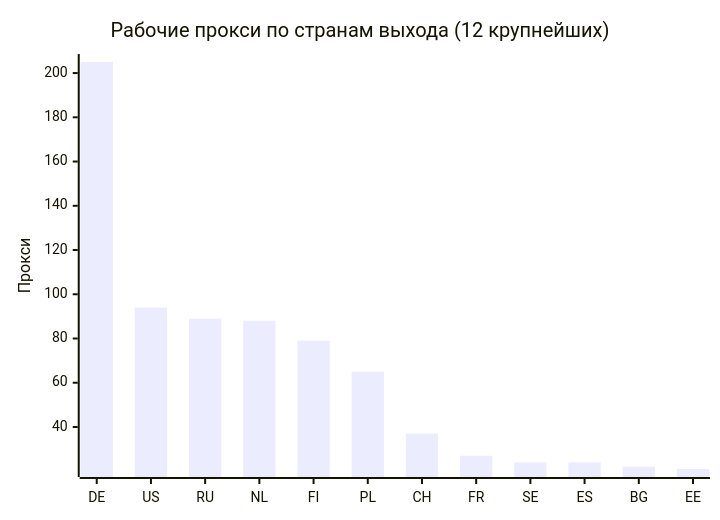
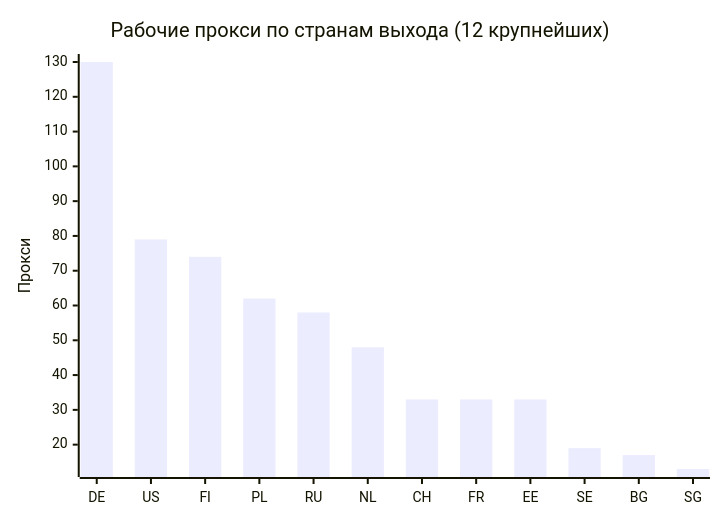
The second of 4 diagrams in README.md (rvvg/proxy-subs), drawn with Mermaid before and after one commit. The commit also changed other lines of this file and 47 other files, not shown here.

````diff
--- a/README.md
+++ b/README.md
@@ -130,7 +125,7 @@
 ```mermaid
 xychart-beta
     title "Рабочие прокси по странам выхода (12 крупнейших)"
-    x-axis ["DE", "US", "RU", "NL", "FI", "PL", "CH", "FR", "SE", "ES", "BG", "EE"]
+    x-axis ["DE", "US", "FI", "PL", "RU", "NL", "CH", "FR", "EE", "SE", "BG", "SG"]
     y-axis "Прокси"
-    bar [205, 94, 89, 88, 79, 65, 37, 27, 24, 24, 22, 21]
+    bar [130, 79, 74, 62, 58, 48, 33, 33, 33, 19, 17, 13]
 ```
````
